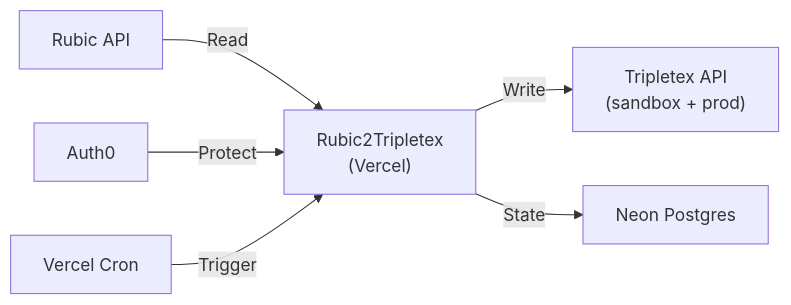
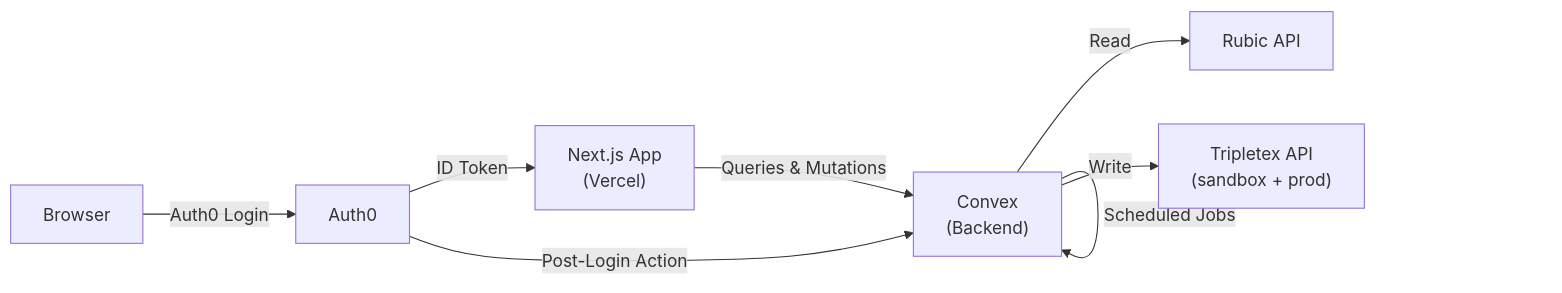
Before and after one commit to frodeste/rubic2tripletex: the diagram in docs/architecture.md, drawn with Mermaid. The commit also changed other lines of this file and 2 other files, not shown here.

First line of the commit message:
docs: add Auth0 Post-Login Action guide and update architecture docs

````diff
--- a/docs/architecture.md
+++ b/docs/architecture.md
@@ -7,8 +7,10 @@
 ```mermaid
 graph LR
-    Rubic["Rubic API"] -->|Read| App["Rubic2Tripletex<br/>(Vercel)"]
-    App -->|Write| TTX["Tripletex API<br/>(sandbox + prod)"]
-    App -->|State| DB["Neon Postgres"]
-    Auth0["Auth0"] -->|Protect| App
-    Cron["Vercel Cron"] -->|Trigger| App
+    User["Browser"] -->|Auth0 Login| Auth0["Auth0"]
+    Auth0 -->|ID Token| App["Next.js App<br/>(Vercel)"]
+    App -->|Queries & Mutations| Convex["Convex<br/>(Backend)"]
+    Convex -->|Read| Rubic["Rubic API"]
+    Convex -->|Write| TTX["Tripletex API<br/>(sandbox + prod)"]
+    Auth0 -->|Post-Login Action| Convex
+    Convex -->|Scheduled Jobs| Convex
 ```
````
